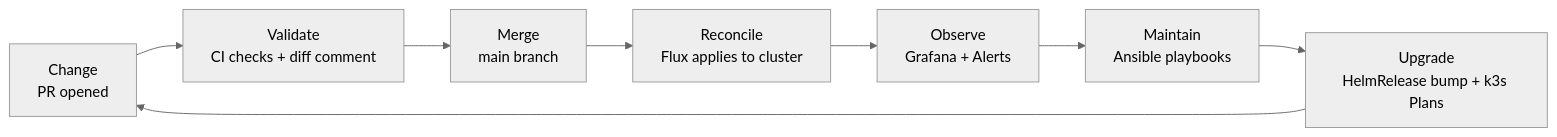
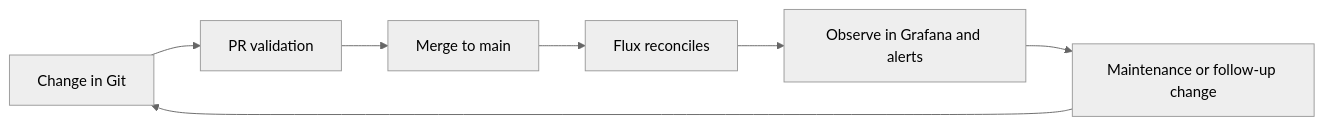
The diagram in docs/guides/13-Platform-Operations-Lifecycle.md (Kagiso-me/homelab-infrastructure), drawn with Mermaid (neutral theme) before and after one commit. The commit also changed other lines of this file and 40 other files, not shown here.

````diff
--- a/docs/guides/13-Platform-Operations-Lifecycle.md
+++ b/docs/guides/13-Platform-Operations-Lifecycle.md
@@ -29,10 +40,9 @@
 ```mermaid
 graph LR
-    Change["Change<br/>PR opened"] --> Validate["Validate<br/>CI checks + diff comment"]
-    Validate --> Merge["Merge<br/>main branch"]
-    Merge --> Reconcile["Reconcile<br/>Flux applies to cluster"]
-    Reconcile --> Observe["Observe<br/>Grafana + Alerts"]
-    Observe --> Maintain["Maintain<br/>Ansible playbooks"]
-    Maintain --> Upgrade["Upgrade<br/>HelmRelease bump + k3s Plans"]
-    Upgrade --> Change
+    Change["Change in Git"] --> Validate["PR validation"]
+    Validate --> Merge["Merge to main"]
+    Merge --> Reconcile["Flux reconciles"]
+    Reconcile --> Observe["Observe in Grafana and alerts"]
+    Observe --> Maintain["Maintenance or follow-up change"]
+    Maintain --> Change
 ```
````
